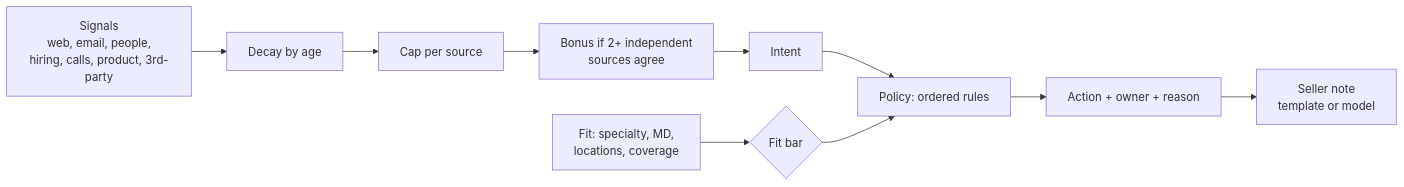
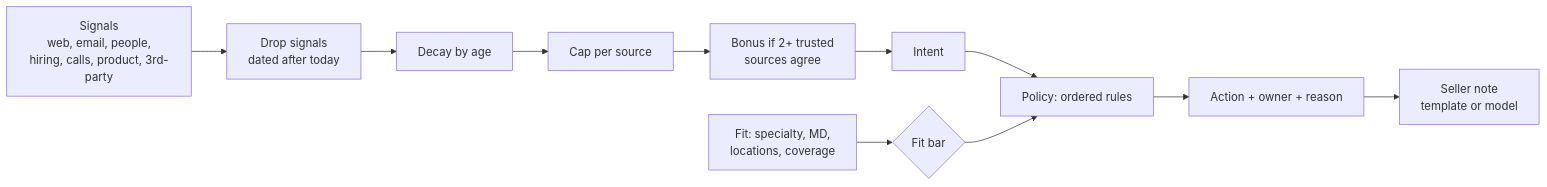
Before and after one commit to vrutikadani/account-signals: the diagram in README.md, drawn with Mermaid. The commit also changed other lines of this file and 10 other files, not shown here.

````diff
--- a/README.md
+++ b/README.md
@@ -21,12 +23,13 @@
 ```mermaid
 flowchart LR
-    S[Signals<br/>web, email, people,<br/>hiring, calls, product, 3rd-party] --> D[Decay by age]
+    S[Signals<br/>web, email, people,<br/>hiring, calls, product, 3rd-party] --> AO[Drop signals<br/>dated after today]
+    AO --> D[Decay by age]
     D --> C[Cap per source]
-    C --> B[Bonus if 2+ independent<br/>sources agree]
+    C --> B[Bonus if 2+ trusted<br/>sources agree]
     B --> I[Intent]
     F[Fit: specialty, MD,<br/>locations, coverage] --> G{Fit bar}
     I --> P[Policy: ordered rules]
     G --> P
     P --> A[Action + owner + reason]
     A --> N[Seller note<br/>template or model]
 ```
````
